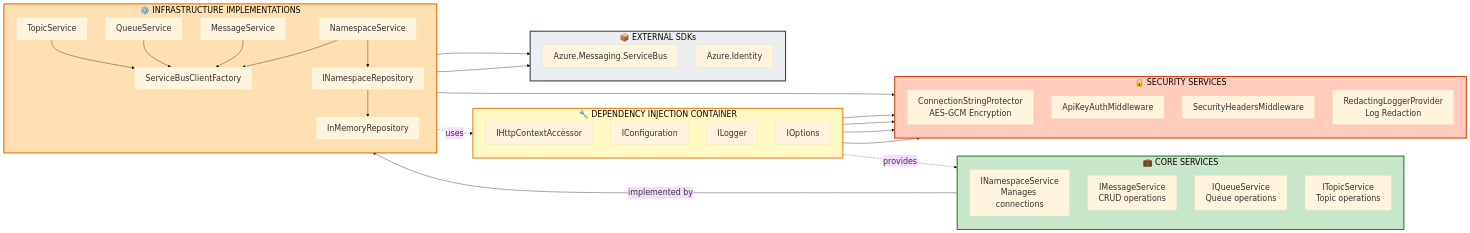
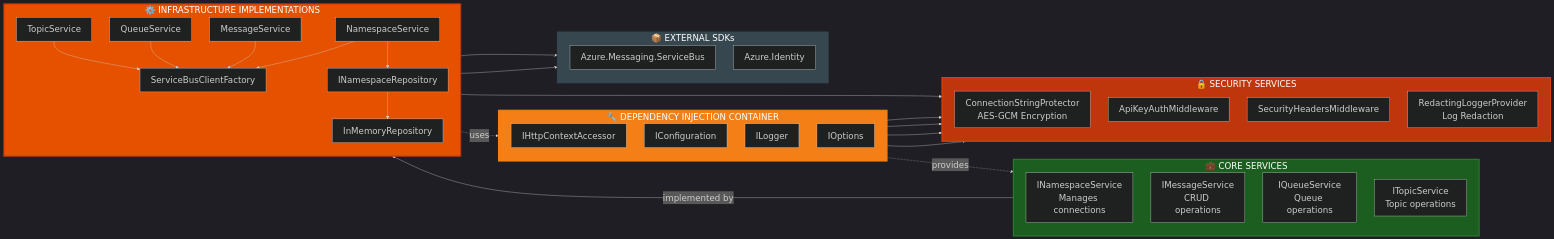
The third of 12 diagrams in services/api/ARCHITECTURE.md (debdevops/servicehub), drawn with Mermaid before and after one commit. The commit also changed other lines of this file, not shown here.

Commit message:
Update Text and foreground color

````diff
--- a/services/api/ARCHITECTURE.md
+++ b/services/api/ARCHITECTURE.md
@@ -135,69 +156,69 @@
 ```mermaid
-%%{init: {'theme':'base', 'themeVariables': { 'fontSize':'22px'}}}%%
+%%{init: {'theme':'dark', 'themeVariables': { 'fontSize':'24px', 'primaryTextColor':'#ffffff'}}}%%
 graph LR
     subgraph DI["🔧 DEPENDENCY INJECTION CONTAINER"]
         direction TB
         HTTP["IHttpContextAccessor"]
         CONFIG["IConfiguration"]
         LOGGER["ILogger"]
         OPTIONS["IOptions"]
     end
 
     subgraph Services["💼 CORE SERVICES"]
         direction TB
         NSMGR["INamespaceService<br/>Manages connections"]
         MSGMGR["IMessageService<br/>CRUD operations"]
         QMGR["IQueueService<br/>Queue operations"]
         TMGR["ITopicService<br/>Topic operations"]
     end
 
     subgraph Infrastructure_Impl["⚙️ INFRASTRUCTURE IMPLEMENTATIONS"]
         direction TB
         NSMGR_IMPL["NamespaceService"]
         MSGMGR_IMPL["MessageService"]
         QMGR_IMPL["QueueService"]
         TMGR_IMPL["TopicService"]
         SB_FACT["ServiceBusClientFactory"]
         REPO["INamespaceRepository"]
         REPO_IMPL["InMemoryRepository"]
     end
 
     subgraph Security["🔒 SECURITY SERVICES"]
         direction TB
         AUTH["ConnectionStringProtector<br/>AES-GCM Encryption"]
         APIKEY["ApiKeyAuthMiddleware"]
         SECEADER["SecurityHeadersMiddleware"]
         LOGGER_PROV["RedactingLoggerProvider<br/>Log Redaction"]
     end
 
     subgraph External_SDK["📦 EXTERNAL SDKs"]
         direction TB
         SB_SDK["Azure.Messaging.ServiceBus"]
         AZURE_ID["Azure.Identity"]
     end
 
     CONFIG --> AUTH
     LOGGER --> LOGGER_PROV
     OPTIONS --> SECEADER
     HTTP --> APIKEY
 
     Services -->|implemented by| Infrastructure_Impl
     NSMGR_IMPL --> SB_FACT
     NSMGR_IMPL --> REPO
     REPO --> REPO_IMPL
     MSGMGR_IMPL --> SB_FACT
     QMGR_IMPL --> SB_FACT
     TMGR_IMPL --> SB_FACT
     SB_FACT --> SB_SDK
     SB_FACT --> AZURE_ID
     NSMGR_IMPL --> AUTH
 
     DI -.->|provides| Services
     Infrastructure_Impl -.->|uses| DI
 
-    style DI fill:#fff9c4,stroke:#f57f17,stroke-width:3px
-    style Services fill:#c8e6c9,stroke:#2e7d32,stroke-width:3px
-    style Infrastructure_Impl fill:#ffe0b2,stroke:#ef6c00,stroke-width:3px
-    style Security fill:#ffccbc,stroke:#d84315,stroke-width:3px
-    style External_SDK fill:#eceff1,stroke:#37474f,stroke-width:3px
+    style DI fill:#f57f17,stroke:#f57f17,stroke-width:3px,color:#fff
+    style Services fill:#1b5e20,stroke:#2e7d32,stroke-width:3px,color:#fff
+    style Infrastructure_Impl fill:#e65100,stroke:#bf360c,stroke-width:3px,color:#fff
+    style Security fill:#bf360c,stroke:#d84315,stroke-width:3px,color:#fff
+    style External_SDK fill:#37474f,stroke:#37474f,stroke-width:3px,color:#fff
 ```
````
